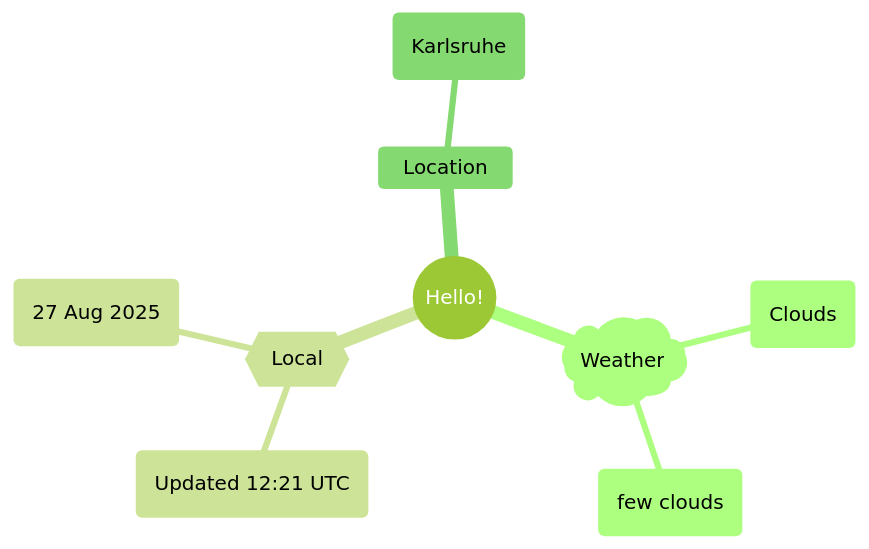
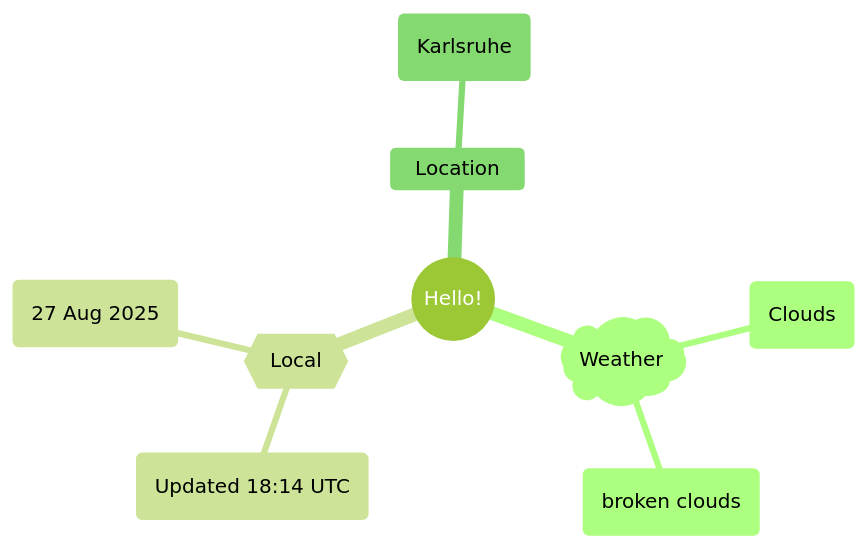
Before and after one commit to Xosrov/Xosrov: the first of 2 diagrams in README.md, drawn with Mermaid (forest theme).

Commit message:
[bot] updated images

````diff
--- a/README.md
+++ b/README.md
@@ -3,12 +3,12 @@
 ```mermaid
 mindmap
   root((Hello!))
     )Weather(
         (Clouds)
-        (few clouds)
+        (broken clouds)
     {{Local}}
-        (Updated 12:21 UTC)
+        (Updated 18:14 UTC)
         (27 Aug 2025)
     Location
         (Karlsruhe)
 ```
````
